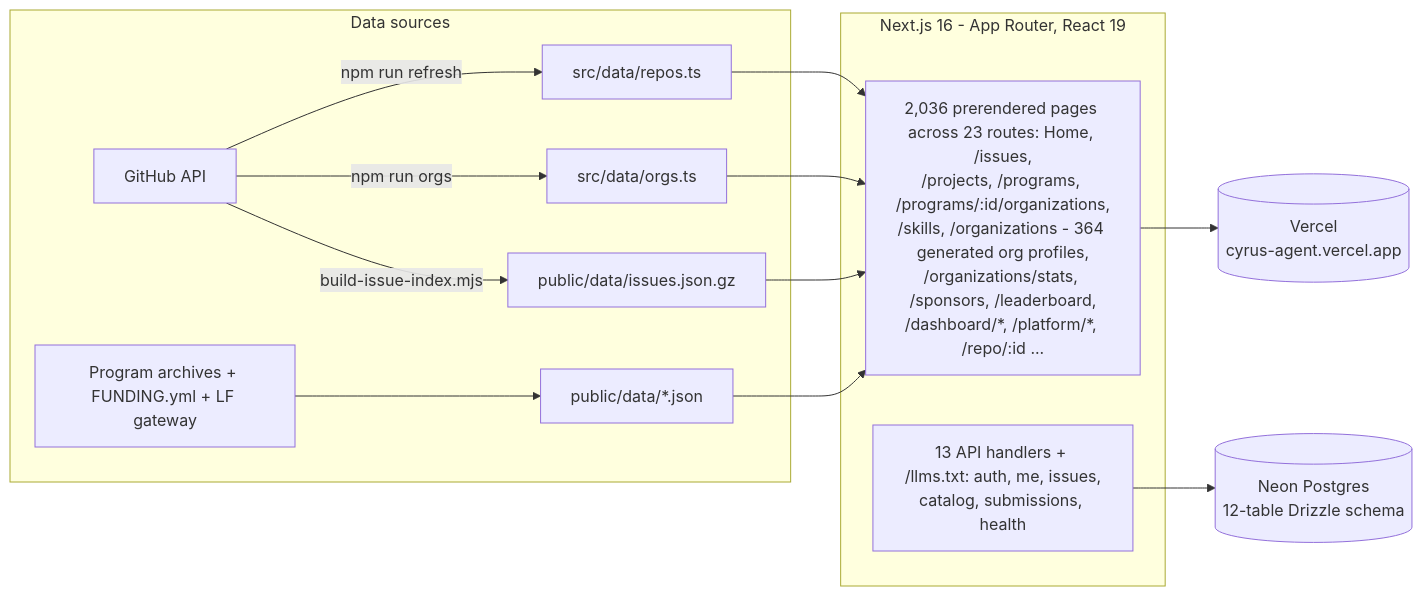
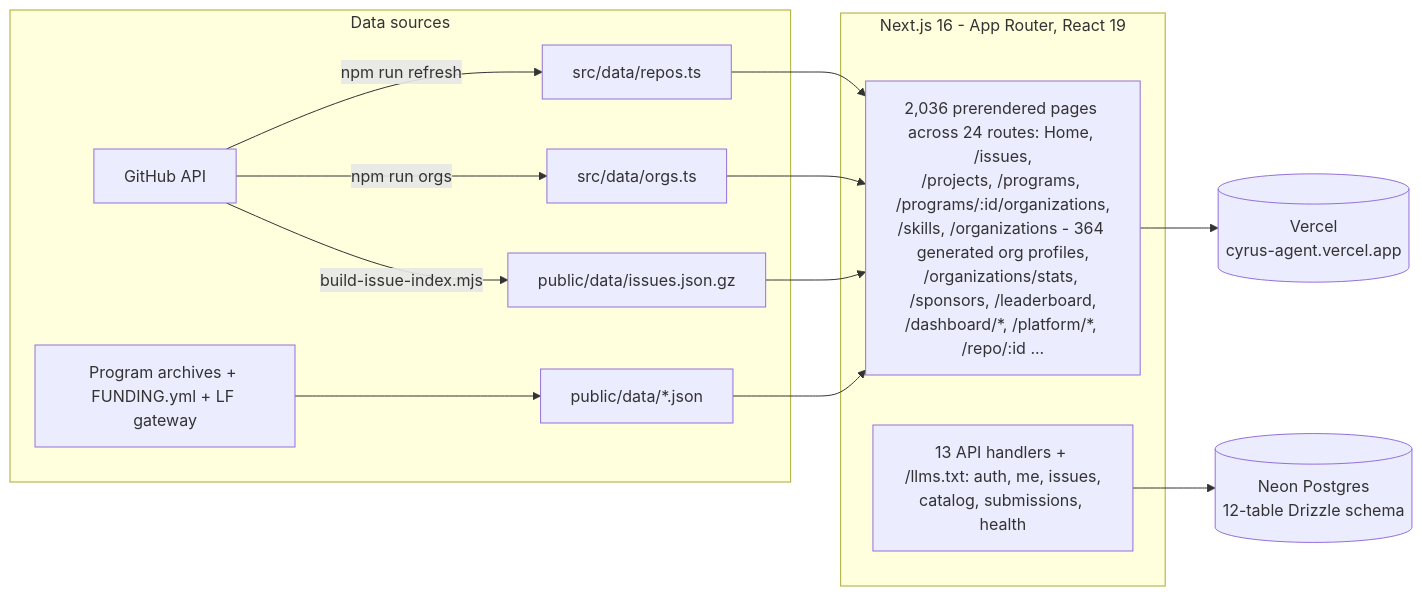
The second of 2 diagrams in README.md (adityalenova/cyrus), drawn with Mermaid before and after one commit. The commit also changed other lines of this file, not shown here.

Commit message:
docs(readme): restamp stats for the comparison view

````diff
--- a/README.md
+++ b/README.md
@@ -342,15 +342,15 @@
 ```mermaid
 flowchart LR
     subgraph sources [Data sources]
         GH[GitHub API] -->|npm run refresh| D1[src/data/repos.ts]
         GH -->|npm run orgs| D2[src/data/orgs.ts]
         GH -->|build-issue-index.mjs| D3[public/data/issues.json.gz]
         SOC[Program archives + FUNDING.yml + LF gateway] --> D4[public/data/*.json]
     end
     subgraph app [Next.js 16 - App Router, React 19]
-        D1 & D2 & D3 & D4 --> PAGES[2,036 prerendered pages across 23 routes: Home, /issues,<br/>/projects, /programs, /programs/:id/organizations,<br/>/skills, /organizations - 364 generated org profiles,<br/>/organizations/stats, /sponsors, /leaderboard,<br/>/dashboard/*, /platform/*, /repo/:id ...]
+        D1 & D2 & D3 & D4 --> PAGES[2,036 prerendered pages across 24 routes: Home, /issues,<br/>/projects, /programs, /programs/:id/organizations,<br/>/skills, /organizations - 364 generated org profiles,<br/>/organizations/stats, /sponsors, /leaderboard,<br/>/dashboard/*, /platform/*, /repo/:id ...]
         API[13 API handlers + /llms.txt: auth, me, issues,<br/>catalog, submissions, health]
     end
     PAGES --> V[(Vercel<br/>cyrus-agent.vercel.app)]
     API --> DB[(Neon Postgres<br/>12-table Drizzle schema)]
 ```
````
